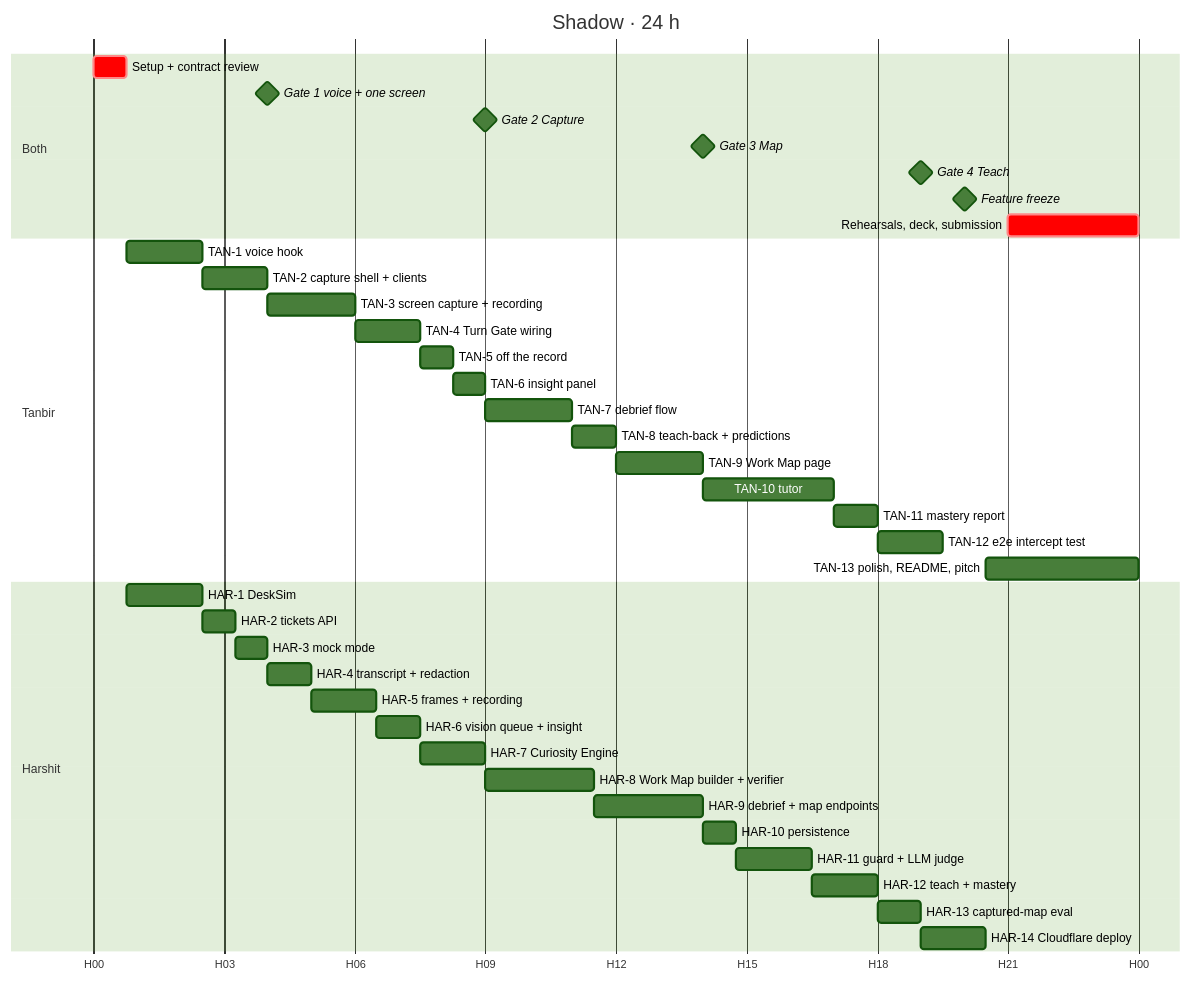
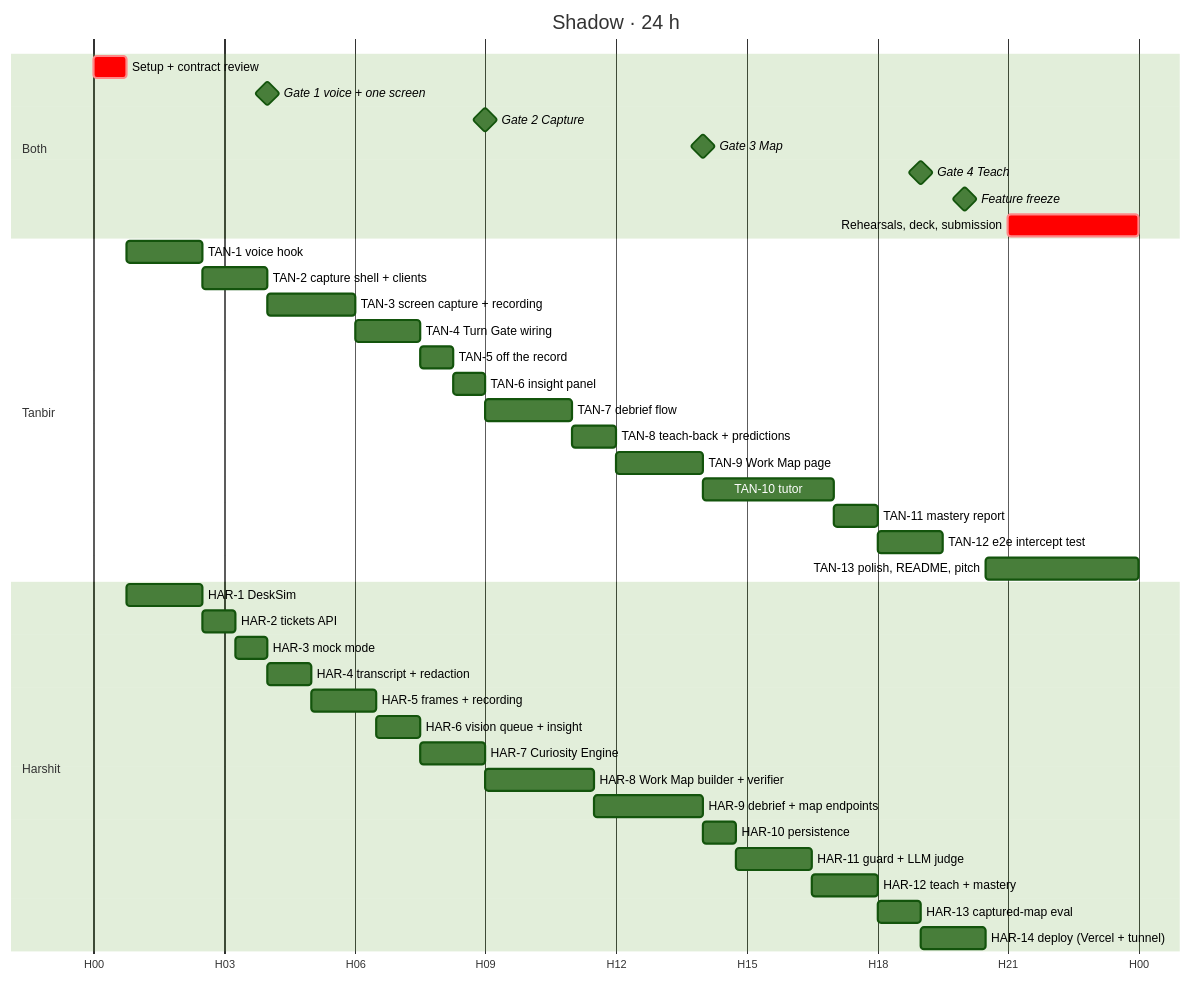
Before and after one commit to TanbirRamim/elevenlabs-agent: the third of 3 diagrams in docs/IMPLEMENTATION_PLAN.md, drawn with Mermaid (forest theme). The commit also changed other lines of this file and 10 other files, not shown here.

Commit message:
build(infra): free deploy path: web on Vercel, API via Cloudflare Tunnel (#33)

````diff
--- a/docs/IMPLEMENTATION_PLAN.md
+++ b/docs/IMPLEMENTATION_PLAN.md
@@ -417,46 +423,46 @@
 ```mermaid
 gantt
   dateFormat  HH:mm
   axisFormat  H%H
   title Shadow · 24 h
 
   section Both
   Setup + contract review          :crit, s0, 00:00, 45m
   Gate 1 voice + one screen        :milestone, m1, 04:00, 0m
   Gate 2 Capture                   :milestone, m2, 09:00, 0m
   Gate 3 Map                       :milestone, m3, 14:00, 0m
   Gate 4 Teach                     :milestone, m4, 19:00, 0m
   Feature freeze                   :milestone, m5, 20:00, 0m
   Rehearsals, deck, submission     :crit, f2, 21:00, 3h
 
   section Tanbir
   TAN-1 voice hook                 :t1, 00:45, 105m
   TAN-2 capture shell + clients    :t2, 02:30, 90m
   TAN-3 screen capture + recording :t3, 04:00, 2h
   TAN-4 Turn Gate wiring           :t4, 06:00, 90m
   TAN-5 off the record             :t5, 07:30, 45m
   TAN-6 insight panel              :t6, 08:15, 45m
   TAN-7 debrief flow               :t7, 09:00, 2h
   TAN-8 teach-back + predictions   :t8, 11:00, 1h
   TAN-9 Work Map page              :t9, 12:00, 2h
   TAN-10 tutor                     :t10, 14:00, 3h
   TAN-11 mastery report            :t11, 17:00, 1h
   TAN-12 e2e intercept test        :t12, 18:00, 90m
   TAN-13 polish, README, pitch     :t13, 20:30, 210m
 
   section Harshit
   HAR-1 DeskSim                    :h1, 00:45, 105m
   HAR-2 tickets API                :h2, 02:30, 45m
   HAR-3 mock mode                  :h3, 03:15, 45m
   HAR-4 transcript + redaction     :h4, 04:00, 1h
   HAR-5 frames + recording         :h5, 05:00, 90m
   HAR-6 vision queue + insight     :h6, 06:30, 1h
   HAR-7 Curiosity Engine           :h7, 07:30, 90m
   HAR-8 Work Map builder + verifier:h8, 09:00, 150m
   HAR-9 debrief + map endpoints    :h9, 11:30, 150m
   HAR-10 persistence               :h10, 14:00, 45m
   HAR-11 guard + LLM judge         :h11, 14:45, 105m
   HAR-12 teach + mastery           :h12, 16:30, 90m
   HAR-13 captured-map eval         :h13, 18:00, 1h
-  HAR-14 Cloudflare deploy         :h14, 19:00, 90m
+  HAR-14 deploy (Vercel + tunnel)  :h14, 19:00, 90m
 ```
````
